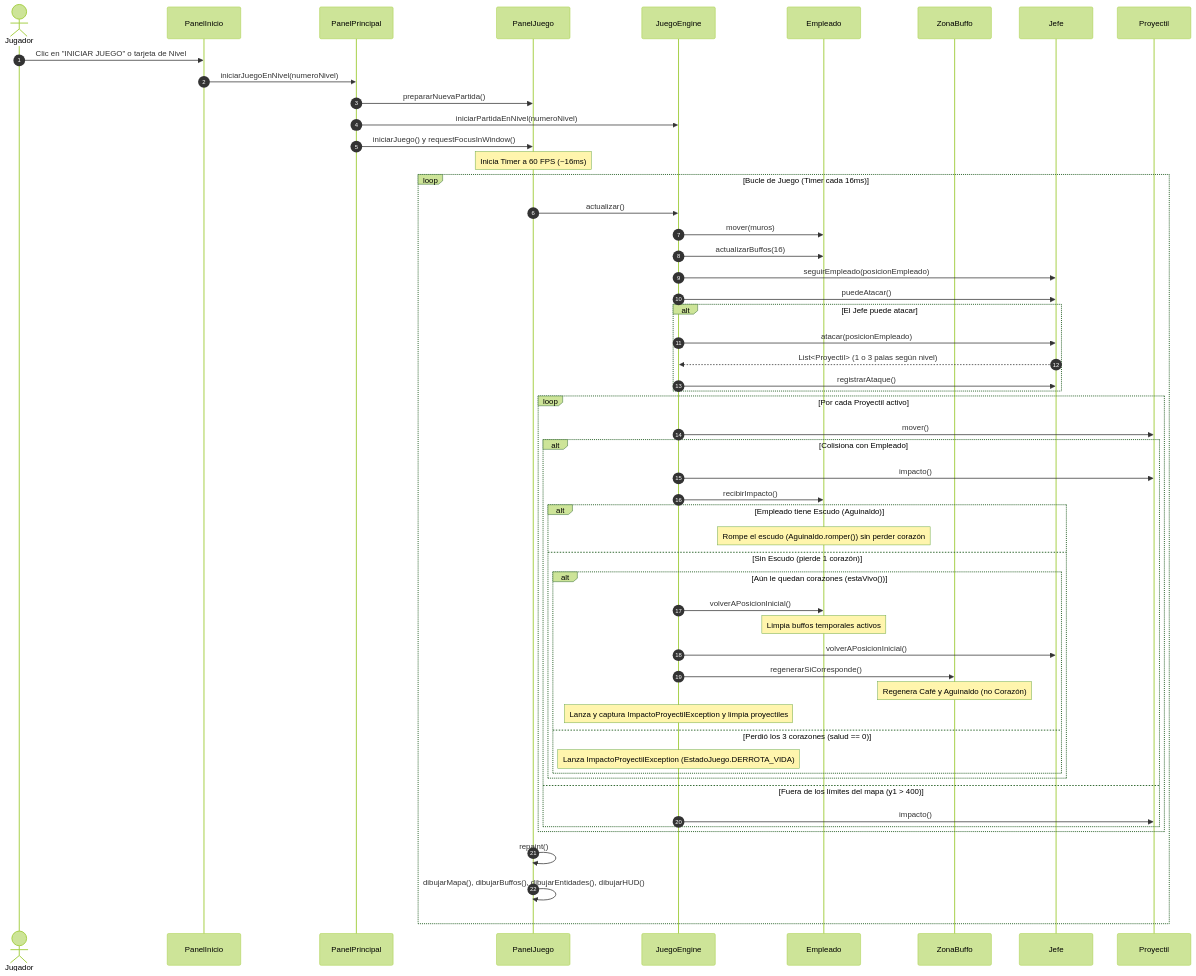
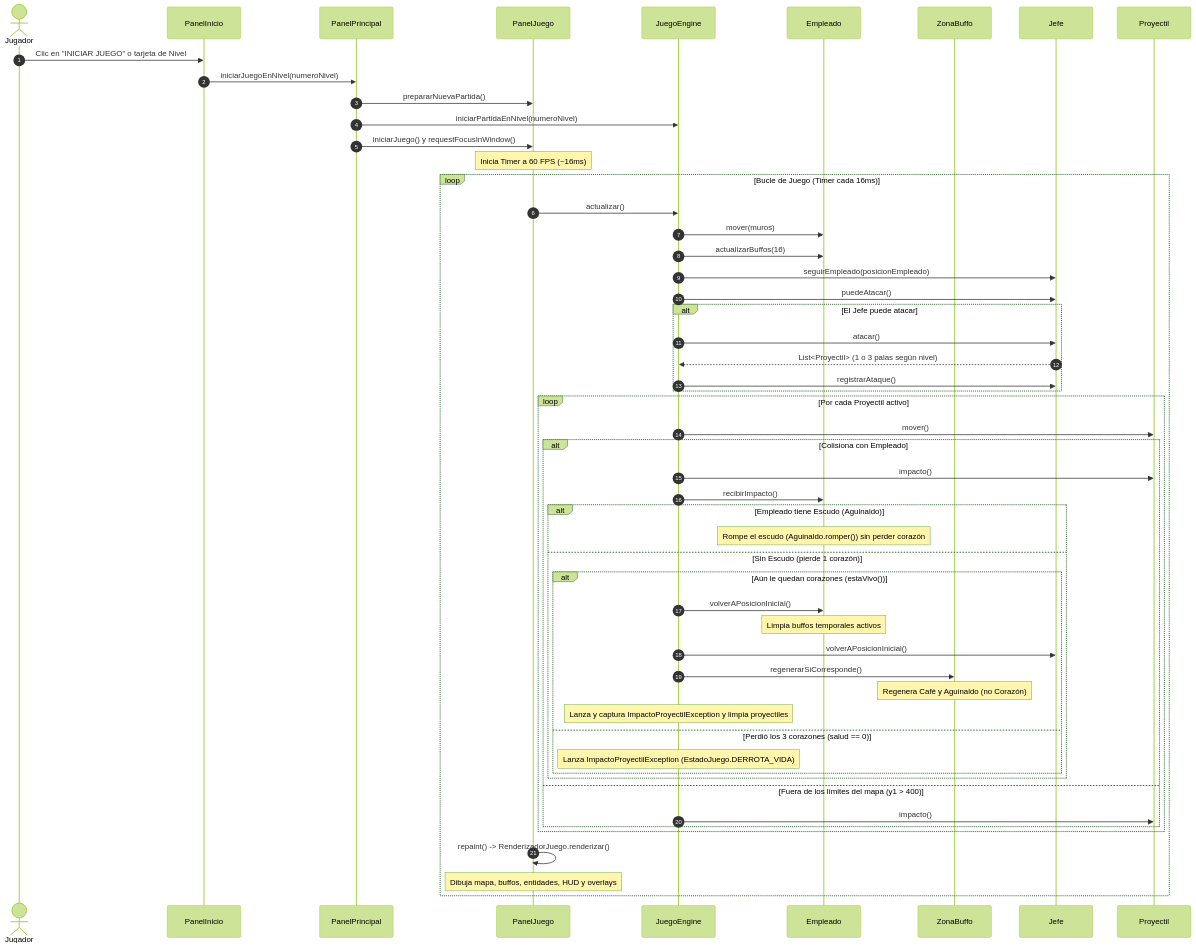
Before and after one commit to EspondaEmiliano/El-One-Piece-POO: the third of 3 diagrams in docs/README.md, drawn with Mermaid (forest theme). The commit also changed other lines of this file and 33 other files, not shown here.

````diff
--- a/docs/README.md
+++ b/docs/README.md
@@ -513,68 +551,68 @@
 ```mermaid
 sequenceDiagram
     autonumber
     actor Jugador
     participant PI as PanelInicio
     participant PP as PanelPrincipal
     participant PJ as PanelJuego
     participant JE as JuegoEngine
     participant E as Empleado
     participant ZB as ZonaBuffo
     participant J as Jefe
     participant P as Proyectil
 
     %% 1. Inicio de partida
     Jugador->>PI: Clic en "INICIAR JUEGO" o tarjeta de Nivel
     PI->>PP: iniciarJuegoEnNivel(numeroNivel)
     PP->>PJ: prepararNuevaPartida()
     PP->>JE: iniciarPartidaEnNivel(numeroNivel)
     PP->>PJ: iniciarJuego() y requestFocusInWindow()
     Note over PJ: Inicia Timer a 60 FPS (~16ms)
 
     %% 2. Ciclo de actualización (Game Loop)
     loop Bucle de Juego (Timer cada 16ms)
         PJ->>JE: actualizar()
         
         %% Movimiento Empleado
         JE->>E: mover(muros)
         JE->>E: actualizarBuffos(16)
         
         %% Jefe e IA
         JE->>J: seguirEmpleado(posicionEmpleado)
         JE->>J: puedeAtacar()
         alt El Jefe puede atacar
-            JE->>J: atacar(posicionEmpleado)
+            JE->>J: atacar()
             J-->>JE: List<Proyectil> (1 o 3 palas según nivel)
             JE->>J: registrarAtaque()
         end
 
         %% Balística y Colisiones
         loop Por cada Proyectil activo
             JE->>P: mover()
             alt Colisiona con Empleado
                 JE->>P: impacto()
                 JE->>E: recibirImpacto()
                 alt Empleado tiene Escudo (Aguinaldo)
                     Note over E: Rompe el escudo (Aguinaldo.romper()) sin perder corazón
                 else Sin Escudo (pierde 1 corazón)
                     alt Aún le quedan corazones (estaVivo())
                         JE->>E: volverAPosicionInicial()
                         Note over E: Limpia buffos temporales activos
                         JE->>J: volverAPosicionInicial()
                         JE->>ZB: regenerarSiCorresponde()
                         Note over ZB: Regenera Café y Aguinaldo (no Corazón)
                         Note over JE: Lanza y captura ImpactoProyectilException y limpia proyectiles
                     else Perdió los 3 corazones (salud == 0)
                         Note over JE: Lanza ImpactoProyectilException (EstadoJuego.DERROTA_VIDA)
                     end
                 end
             else Fuera de los límites del mapa (y1 > 400)
                 JE->>P: impacto()
             end
         end
 
         %% 3. Redibujado en pantalla
-        PJ->>PJ: repaint()
-        PJ->>PJ: dibujarMapa(), dibujarBuffos(), dibujarEntidades(), dibujarHUD()
+        PJ->>PJ: repaint() -> RenderizadorJuego.renderizar()
+        Note over PJ: Dibuja mapa, buffos, entidades, HUD y overlays
     end
 ```
````
